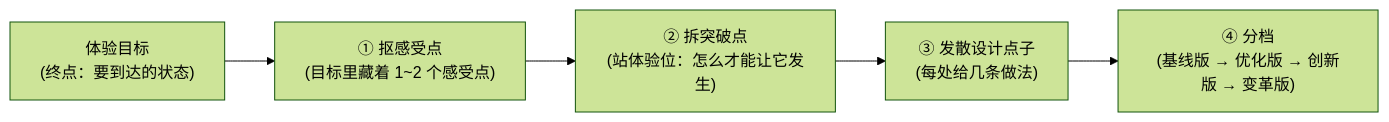
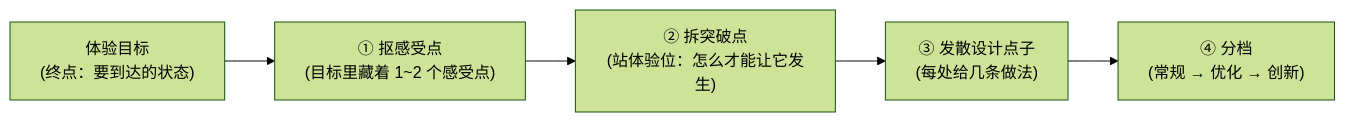
One commit to wangjue2026/skill-designer-prism changed the diagram in 01-system-solution-design/①需求理解与分析/1.3-体验突破点拆解.md. Above: the diagram before and after it, drawn with Mermaid (forest theme). The commit also changed other lines of this file and 12 other files, not shown here.

````diff
--- a/01-system-solution-design/①需求理解与分析/1.3-体验突破点拆解.md
+++ b/01-system-solution-design/①需求理解与分析/1.3-体验突破点拆解.md
@@ -36,7 +36,7 @@
 ```mermaid
 graph LR
     G["体验目标<br>(终点：要到达的状态)"] --> F["① 抠感受点<br>(目标里藏着 1~2 个感受点)"]
     F --> B["② 拆突破点<br>(站体验位：怎么才能让它发生)"]
     B --> I["③ 发散设计点子<br>(每处给几条做法)"]
-    I --> T["④ 分档<br>(基线版 → 优化版 → 创新版 → 变革版)"]
+    I --> T["④ 分档<br>(常规 → 优化 → 创新)"]
 ```
````
